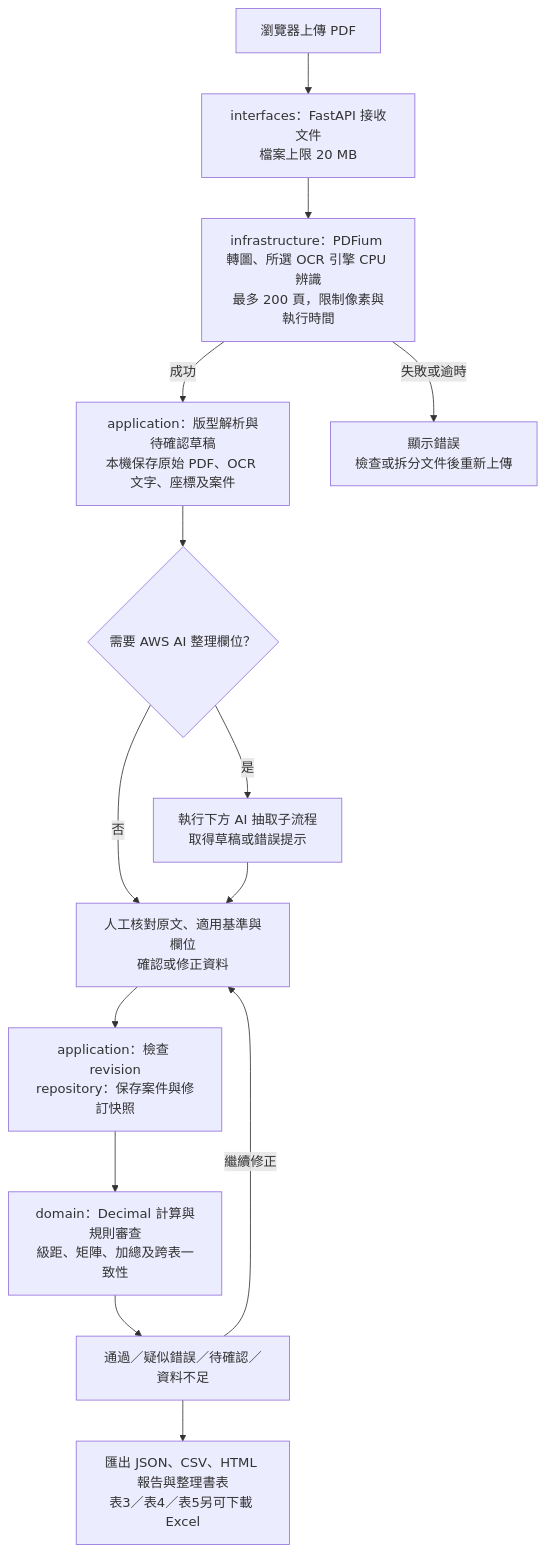
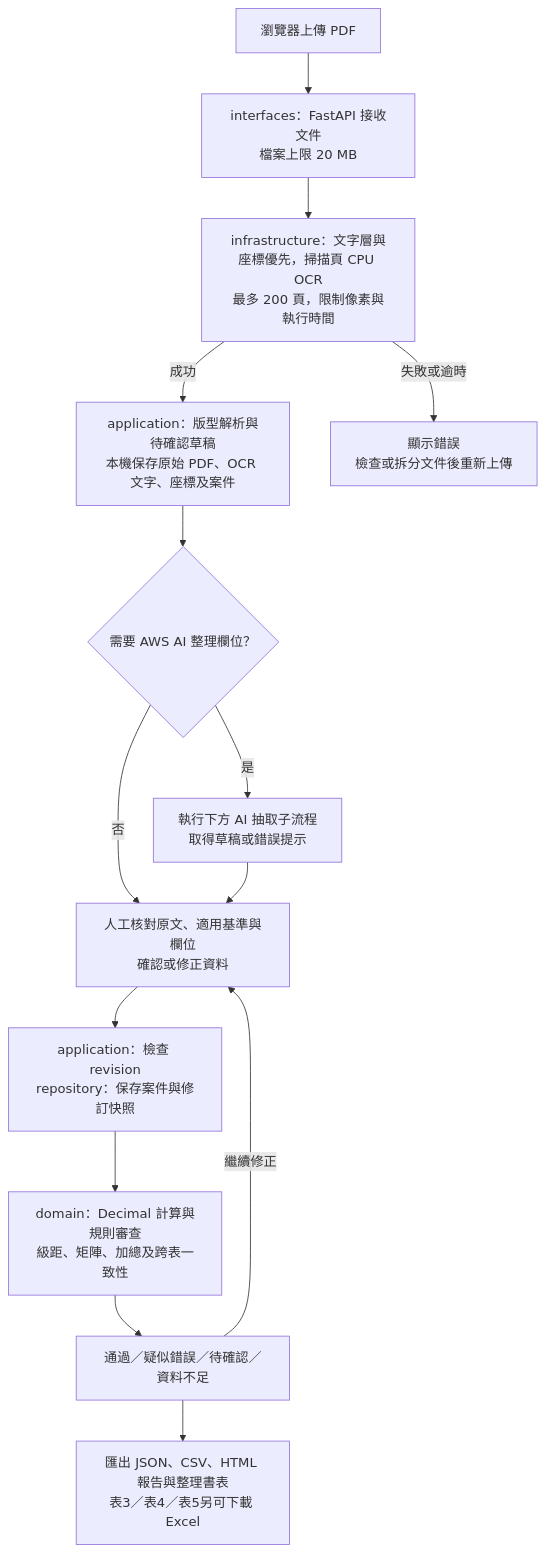
One commit to ChenYi0725/hackathon changed the second of 3 diagrams in README.md. Above: the diagram before and after it, drawn with Mermaid. The commit also changed other lines of this file and 16 other files, not shown here.

Commit message:
perf(DDD-08): extract digital PDF text before CPU OCR

````diff
--- a/README.md
+++ b/README.md
@@ -70,16 +70,16 @@
 ```mermaid
 flowchart TB
     UPLOAD["瀏覽器上傳 PDF"] --> HTTP["interfaces：FastAPI 接收文件<br/>檔案上限 20 MB"]
-    HTTP --> OCR["infrastructure：PDFium 轉圖、所選 OCR 引擎 CPU 辨識<br/>最多 200 頁，限制像素與執行時間"]
+    HTTP --> OCR["infrastructure：文字層與座標優先，掃描頁 CPU OCR<br/>最多 200 頁，限制像素與執行時間"]
     OCR -->|成功| DRAFT["application：版型解析與待確認草稿<br/>本機保存原始 PDF、OCR 文字、座標及案件"]
     OCR -->|失敗或逾時| ERROR["顯示錯誤<br/>檢查或拆分文件後重新上傳"]
     DRAFT --> OPTIONAL{"需要 AWS AI 整理欄位？"}
     OPTIONAL -->|否| HUMAN["人工核對原文、適用基準與欄位<br/>確認或修正資料"]
     OPTIONAL -->|是| AI["執行下方 AI 抽取子流程<br/>取得草稿或錯誤提示"]
     AI --> HUMAN
     HUMAN --> SAVE["application：檢查 revision<br/>repository：保存案件與修訂快照"]
     SAVE --> RULES["domain：Decimal 計算與規則審查<br/>級距、矩陣、加總及跨表一致性"]
     RULES --> RESULT["通過／疑似錯誤／待確認／資料不足"]
     RESULT -->|繼續修正| HUMAN
     RESULT --> EXPORT["匯出 JSON、CSV、HTML 報告與整理書表<br/>表3／表4／表5另可下載 Excel"]
 ```
````
